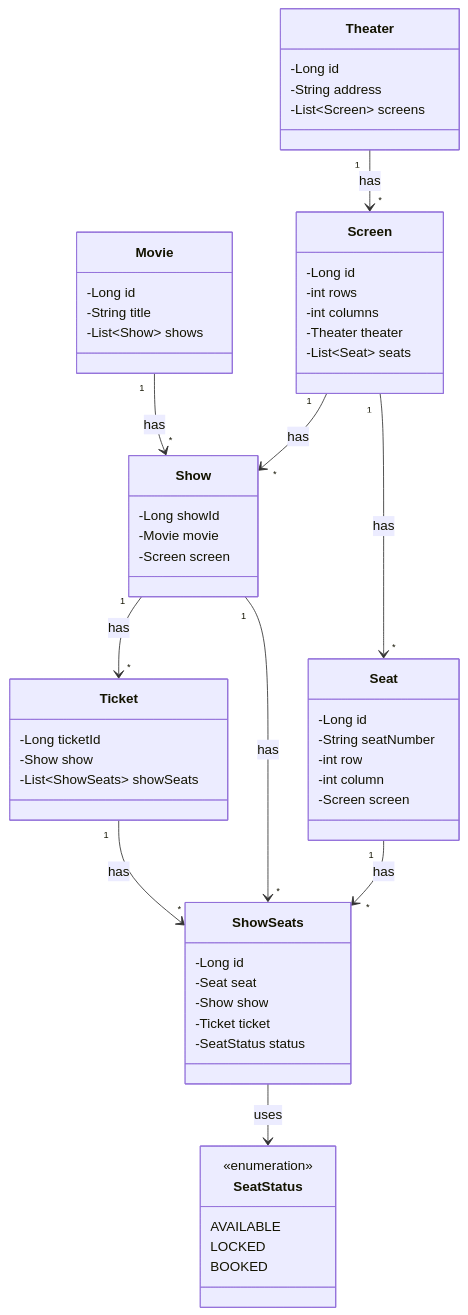
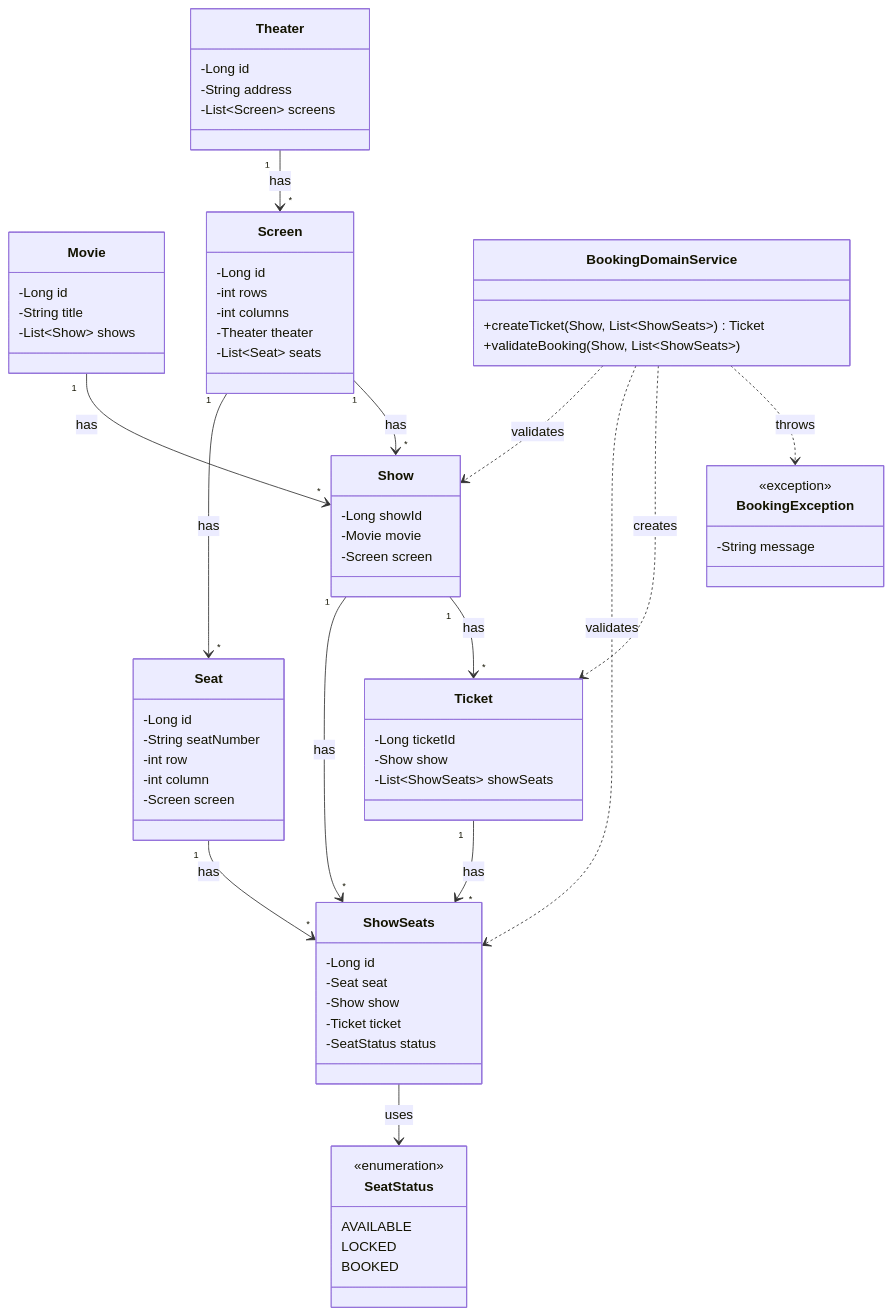
The first of 6 diagrams in src/main/java/com/springmicroservice/lowleveldesignproblems/bookmyshow/README.md (Prakhar-FF13/Low-Level-Design), drawn with Mermaid before and after one commit. The commit also changed other lines of this file and 6 other files, not shown here.

Commit message:
feat: Enhance low-level design documentation with new class diagrams for ATM, Bookmyshow, Cache System, Cricbuzz, Parking Lot, Route Handler, and Rule Engine, including additional classes and relationships for improved clarity.

````diff
--- a/src/main/java/com/springmicroservice/lowleveldesignproblems/bookmyshow/README.md
+++ b/src/main/java/com/springmicroservice/lowleveldesignproblems/bookmyshow/README.md
@@ -544,67 +544,81 @@
 ```mermaid
 classDiagram
     class Movie {
         -Long id
         -String title
         -List~Show~ shows
     }
     
     class Theater {
         -Long id
         -String address
         -List~Screen~ screens
     }
     
     class Screen {
         -Long id
         -int rows
         -int columns
         -Theater theater
         -List~Seat~ seats
     }
     
     class Seat {
         -Long id
         -String seatNumber
         -int row
         -int column
         -Screen screen
     }
     
     class Show {
         -Long showId
         -Movie movie
         -Screen screen
     }
     
     class ShowSeats {
         -Long id
         -Seat seat
         -Show show
         -Ticket ticket
         -SeatStatus status
     }
     
     class Ticket {
         -Long ticketId
         -Show show
         -List~ShowSeats~ showSeats
     }
     
     class SeatStatus {
         <<enumeration>>
         AVAILABLE
         LOCKED
         BOOKED
     }
+
+    class BookingDomainService {
+        +createTicket(Show, List~ShowSeats~) Ticket
+        +validateBooking(Show, List~ShowSeats~)
+    }
+
+    class BookingException {
+        <<exception>>
+        -String message
+    }
     
     Movie "1" --> "*" Show : has
     Theater "1" --> "*" Screen : has
     Screen "1" --> "*" Seat : has
     Screen "1" --> "*" Show : has
     Show "1" --> "*" ShowSeats : has
     Seat "1" --> "*" ShowSeats : has
     Ticket "1" --> "*" ShowSeats : has
     Show "1" --> "*" Ticket : has
     ShowSeats --> SeatStatus : uses
+    BookingDomainService ..> Show : validates
+    BookingDomainService ..> ShowSeats : validates
+    BookingDomainService ..> Ticket : creates
+    BookingDomainService ..> BookingException : throws
 ```
````
